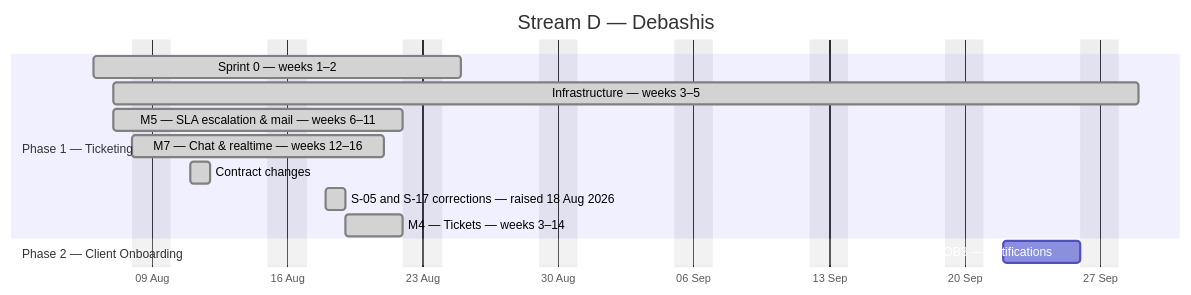
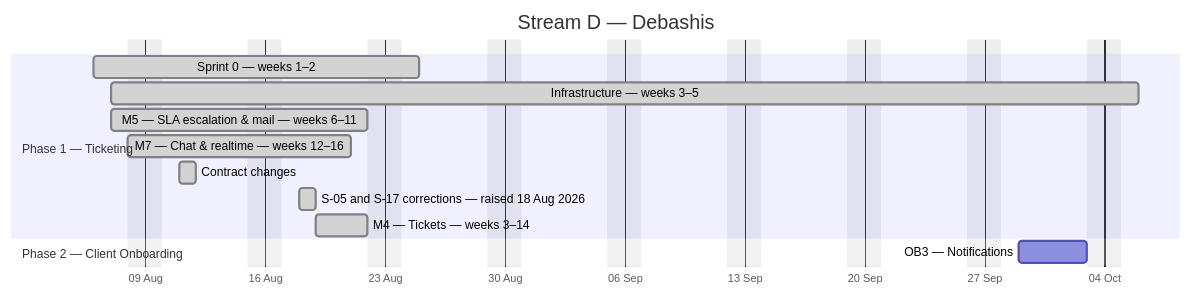
The fourth of 4 diagrams in docs/plan/GANTT.md (debashisedunext/EduTrack), drawn with Mermaid before and after one commit. The commit also changed other lines of this file and 2 other files, not shown here.

````diff
--- a/docs/plan/GANTT.md
+++ b/docs/plan/GANTT.md
@@ -173,17 +173,17 @@
 ```mermaid
 gantt
     dateFormat YYYY-MM-DD
     axisFormat %d %b
     title Stream D — Debashis
     excludes weekends
     section Phase 1 — Ticketing
     Sprint 0 — weeks 1–2 :done, d0, 2026-08-06, 13d
-    Infrastructure — weeks 3–5 :done, d1, 2026-08-07, 37d
+    Infrastructure — weeks 3–5 :done, d1, 2026-08-07, 42d
     M5 — SLA  escalation & mail — weeks 6–11 :done, d2, 2026-08-07, 11d
     M7 — Chat & realtime — weeks 12–16 :done, d3, 2026-08-08, 10d
     Contract changes :done, d4, 2026-08-11, 1d
     S-05 and S-17 corrections — raised 18 Aug 2026 :done, d5, 2026-08-18, 1d
     M4 — Tickets — weeks 3–14 :done, d6, 2026-08-19, 3d
     section Phase 2 — Client Onboarding
-    OB3 — Notifications :d7, 2026-09-22, 4d
+    OB3 — Notifications :d7, 2026-09-29, 4d
 ```
````
